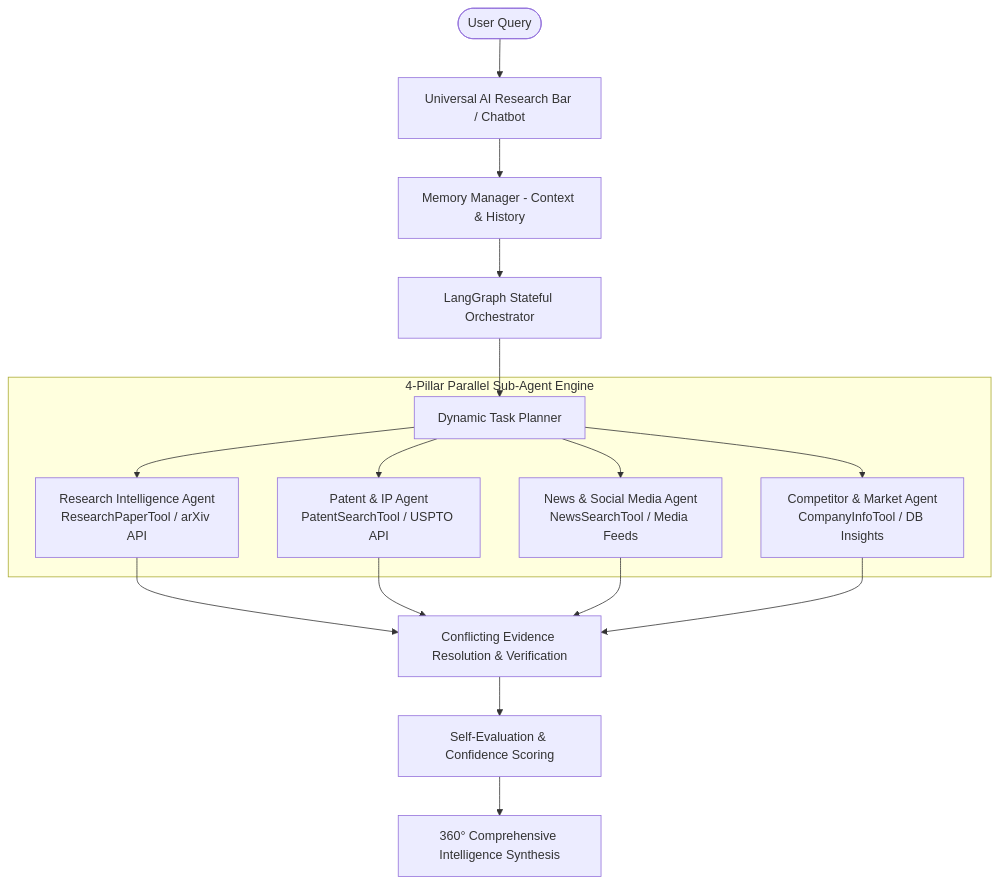
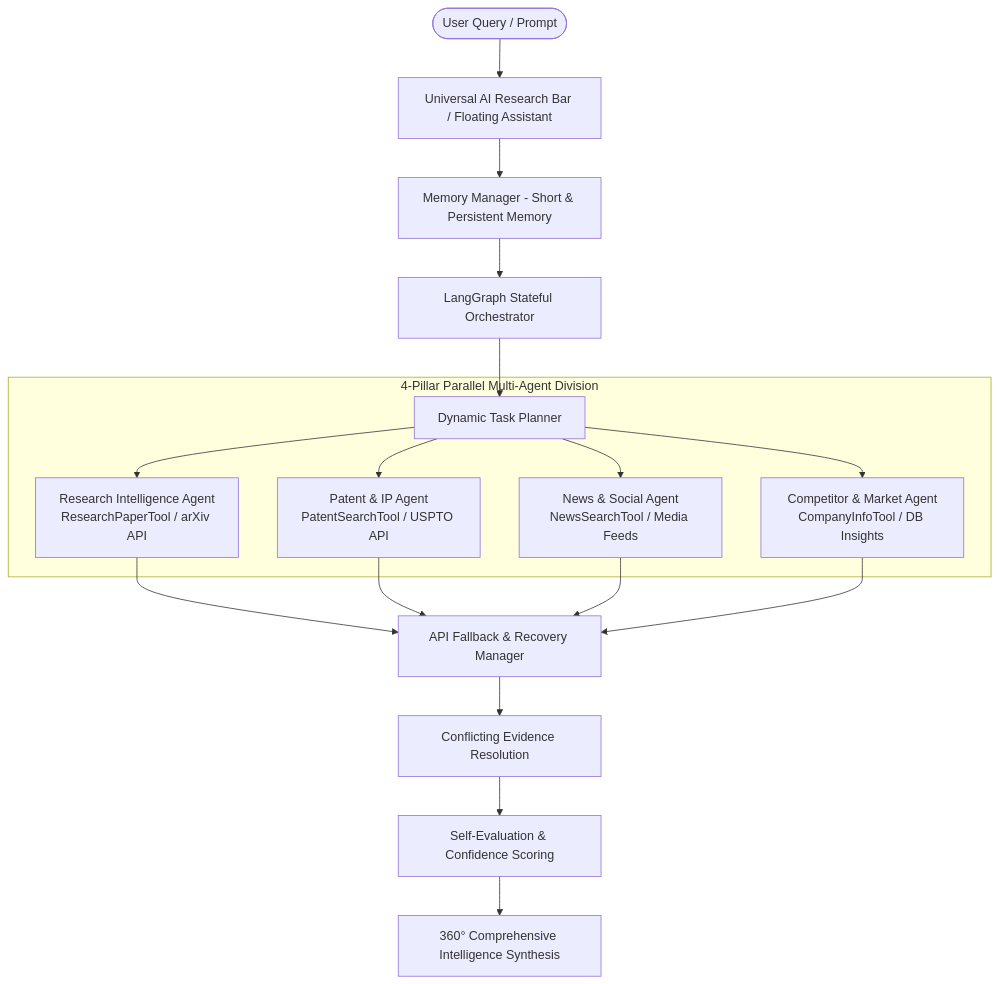
Before and after one commit to gaurav4047/CodeCrew-ai: the diagram in README.md, drawn with Mermaid. The commit also changed other lines of this file, not shown here.

Commit message:
docs: master documentation update in README.md covering Tasks 1-5, LangGraph, Multi-Agents, Memory, Dashboard Command Center, API Contracts, and 15 SaaS Pages

````diff
--- a/README.md
+++ b/README.md
@@ -46,19 +99,20 @@
 ```mermaid
 flowchart TD
-    User([User Query]) --> UniversalBar[Universal AI Research Bar / Chatbot]
-    UniversalBar --> Memory[Memory Manager - Context & History]
-    Memory --> Orchestrator[LangGraph Stateful Orchestrator]
+    User([User Query / Prompt]) --> UniversalBar[Universal AI Research Bar / Floating Assistant]
+    UniversalBar --> MemoryEngine[Memory Manager - Short & Persistent Memory]
+    MemoryEngine --> Orchestrator[LangGraph Stateful Orchestrator]
     
     Orchestrator --> DynamicPlanner[Dynamic Task Planner]
     
-    subgraph 4-Pillar Parallel Sub-Agent Engine
+    subgraph 4-Pillar Parallel Multi-Agent Division
         DynamicPlanner --> Agent1[Research Intelligence Agent\nResearchPaperTool / arXiv API]
         DynamicPlanner --> Agent2[Patent & IP Agent\nPatentSearchTool / USPTO API]
-        DynamicPlanner --> Agent3[News & Social Media Agent\nNewsSearchTool / Media Feeds]
+        DynamicPlanner --> Agent3[News & Social Agent\nNewsSearchTool / Media Feeds]
         DynamicPlanner --> Agent4[Competitor & Market Agent\nCompanyInfoTool / DB Insights]
     end
 
-    Agent1 & Agent2 & Agent3 & Agent4 --> Resolution[Conflicting Evidence Resolution & Verification]
-    Resolution --> SelfEval[Self-Evaluation & Confidence Scoring]
-    SelfEval --> Output[360° Comprehensive Intelligence Synthesis]
+    Agent1 & Agent2 & Agent3 & Agent4 --> FallbackManager[API Fallback & Recovery Manager]
+    FallbackManager --> ConflictRes[Conflicting Evidence Resolution]
+    ConflictRes --> SelfEval[Self-Evaluation & Confidence Scoring]
+    SelfEval --> FinalSynthesis[360° Comprehensive Intelligence Synthesis]
 ```
````
